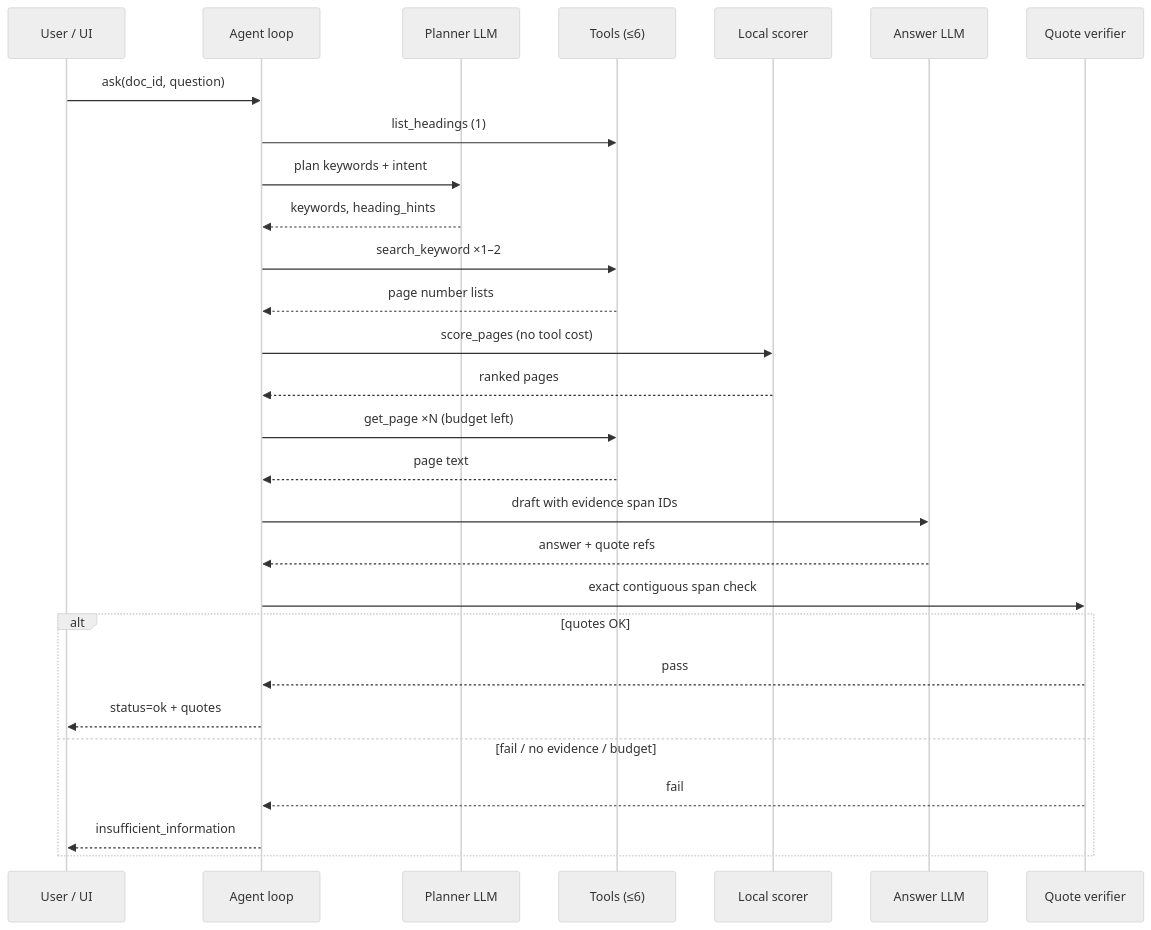
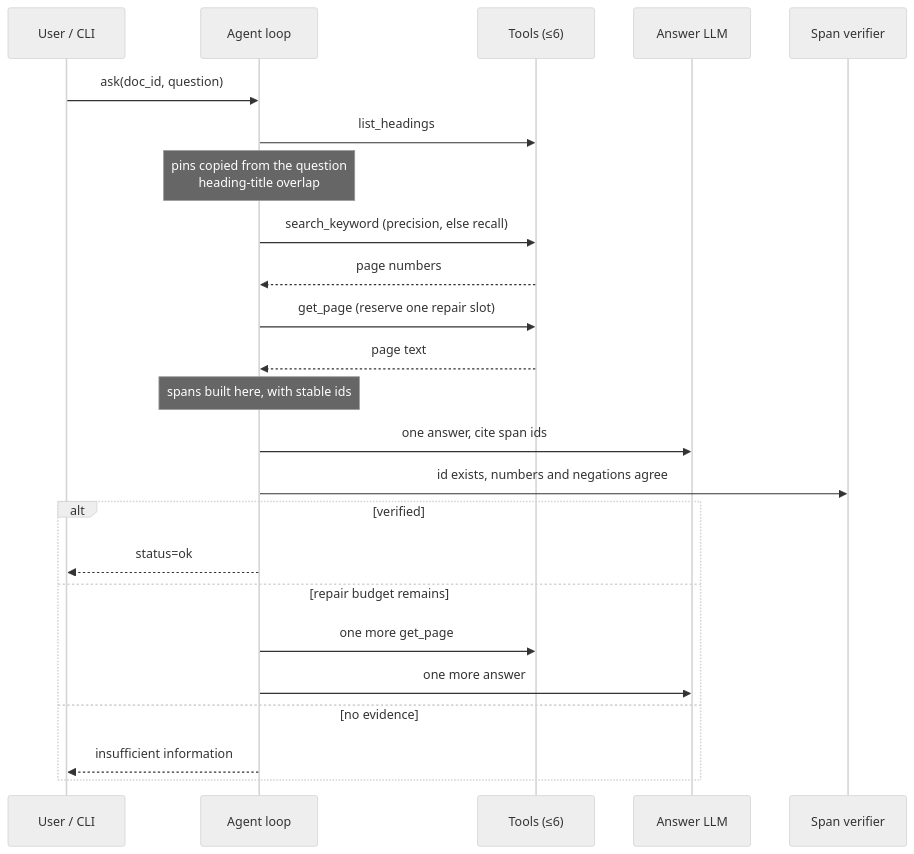
The fourth of 9 diagrams in README.md (riyaz-ahamed-07/SixCall), drawn with Mermaid (neutral theme) before and after one commit. The commit also changed other lines of this file and 26 other files, not shown here.

````diff
--- a/README.md
+++ b/README.md
@@ -179,31 +179,27 @@
 ```mermaid
 sequenceDiagram
-  participant U as User / UI
+  participant U as User / CLI
   participant A as Agent loop
-  participant P as Planner LLM
   participant T as Tools (≤6)
-  participant S as Local scorer
   participant Ans as Answer LLM
-  participant V as Quote verifier
+  participant V as Span verifier
 
   U->>A: ask(doc_id, question)
-  A->>T: list_headings (1)
-  A->>P: plan keywords + intent
-  P-->>A: keywords, heading_hints
-  A->>T: search_keyword ×1–2
-  T-->>A: page number lists
-  A->>S: score_pages (no tool cost)
-  S-->>A: ranked pages
-  A->>T: get_page ×N (budget left)
+  A->>T: list_headings
+  Note over A: pins copied from the question<br/>heading-title overlap
+  A->>T: search_keyword (precision, else recall)
+  T-->>A: page numbers
+  A->>T: get_page (reserve one repair slot)
   T-->>A: page text
-  A->>Ans: draft with evidence span IDs
-  Ans-->>A: answer + quote refs
-  A->>V: exact contiguous span check
-  alt quotes OK
-    V-->>A: pass
-    A-->>U: status=ok + quotes
-  else fail / no evidence / budget
-    V-->>A: fail
-    A-->>U: insufficient_information
+  Note over A: spans built here, with stable ids
+  A->>Ans: one answer, cite span ids
+  A->>V: id exists, numbers and negations agree
+  alt verified
+    A-->>U: status=ok
+  else repair budget remains
+    A->>T: one more get_page
+    A->>Ans: one more answer
+  else no evidence
+    A-->>U: insufficient information
   end
 ```
````
